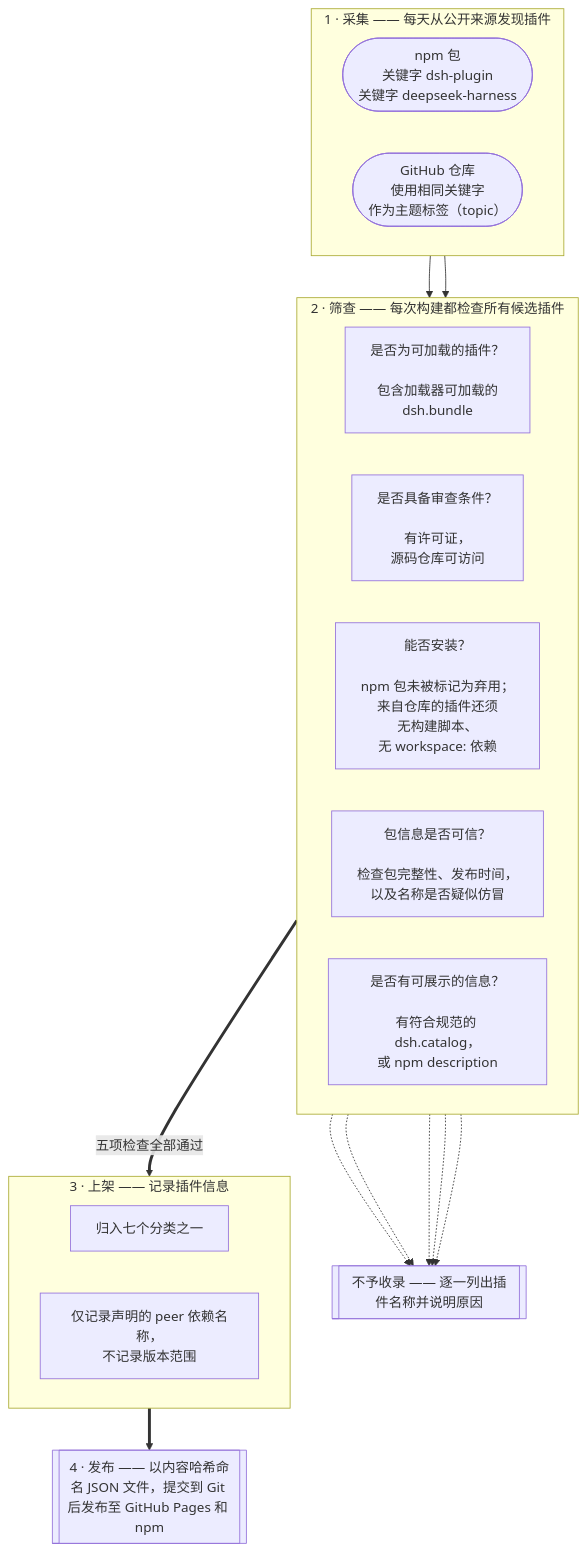
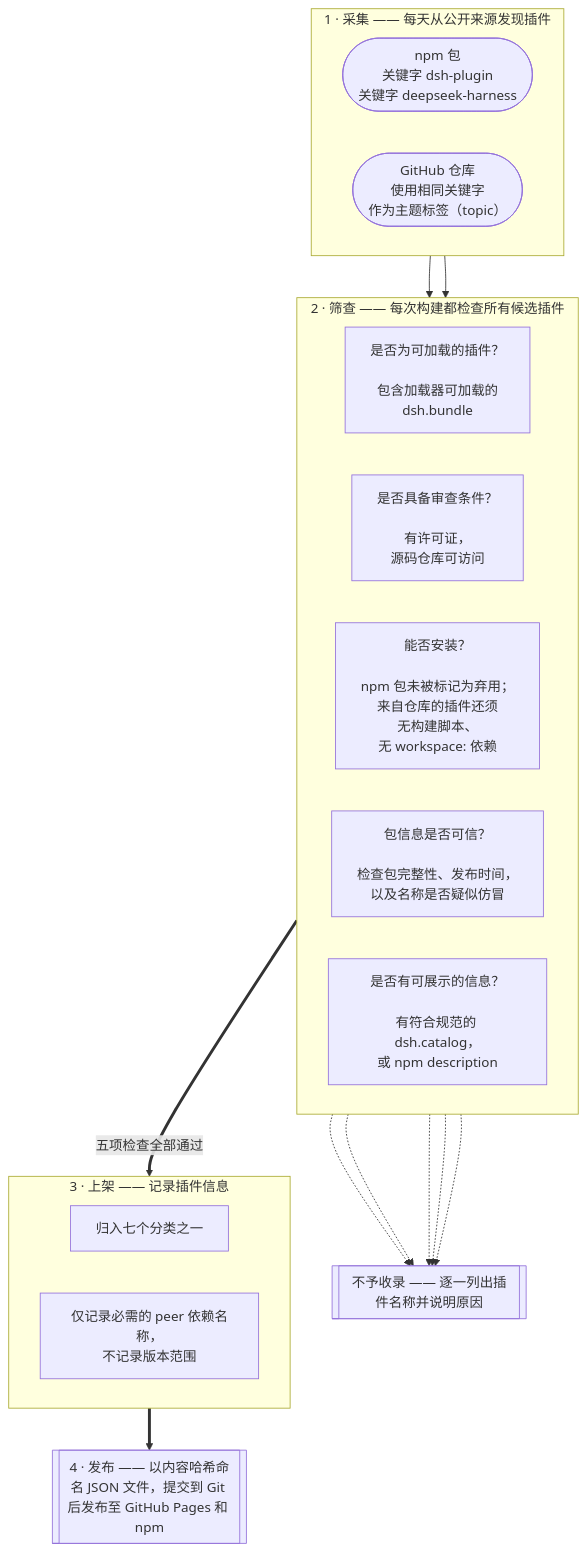
Before and after one commit to LivXue/dsh-plugin-shop: the first of 2 diagrams in README.zh.md, drawn with Mermaid. The commit also changed other lines of this file and 6 other files, not shown here.

````diff
--- a/README.zh.md
+++ b/README.zh.md
@@ -105,34 +106,34 @@
 ```mermaid
 flowchart TB
   subgraph HARVEST["1 · 采集 —— 每天从公开来源发现插件"]
     direction LR
     NPM(["npm 包<br/>关键字 dsh-plugin<br/>关键字 deepseek-harness"])
     GH(["GitHub 仓库<br/>使用相同关键字<br/>作为主题标签（topic）"])
   end
 
   subgraph GATE["2 · 筛查 —— 每次构建都检查所有候选插件"]
     direction LR
     G1["是否为可加载的插件？<br/><br/>包含加载器可加载的<br/>dsh.bundle"]
     G2["是否具备审查条件？<br/><br/>有许可证，<br/>源码仓库可访问"]
     G3["能否安装？<br/><br/>npm 包未被标记为弃用；<br/>来自仓库的插件还须<br/>无构建脚本、<br/>无 workspace: 依赖"]
     G4["包信息是否可信？<br/><br/>检查包完整性、发布时间，<br/>以及名称是否疑似仿冒"]
     G5["是否有可展示的信息？<br/><br/>有符合规范的 dsh.catalog，<br/>或 npm description"]
   end
 
   subgraph SHELVE["3 · 上架 —— 记录插件信息"]
     direction LR
     CAT["归入七个分类之一"]
-    PEER["仅记录声明的 peer 依赖名称，<br/>不记录版本范围"]
+    PEER["仅记录必需的 peer 依赖名称，<br/>不记录版本范围"]
   end
 
   NPM --> G1
   GH --> G1
   G1 -.-> REJ
   G2 -.-> REJ
   G3 -.-> REJ
   G4 -.-> REJ
   G5 -.-> REJ
   REJ[["不予收录 —— 逐一列出插件名称并说明原因"]]
   G5 ==>|"五项检查全部通过"| CAT
   PEER ==> PUB[["4 · 发布 —— 以内容哈希命名 JSON 文件，提交到 Git 后发布至 GitHub Pages 和 npm"]]
 ```
````
